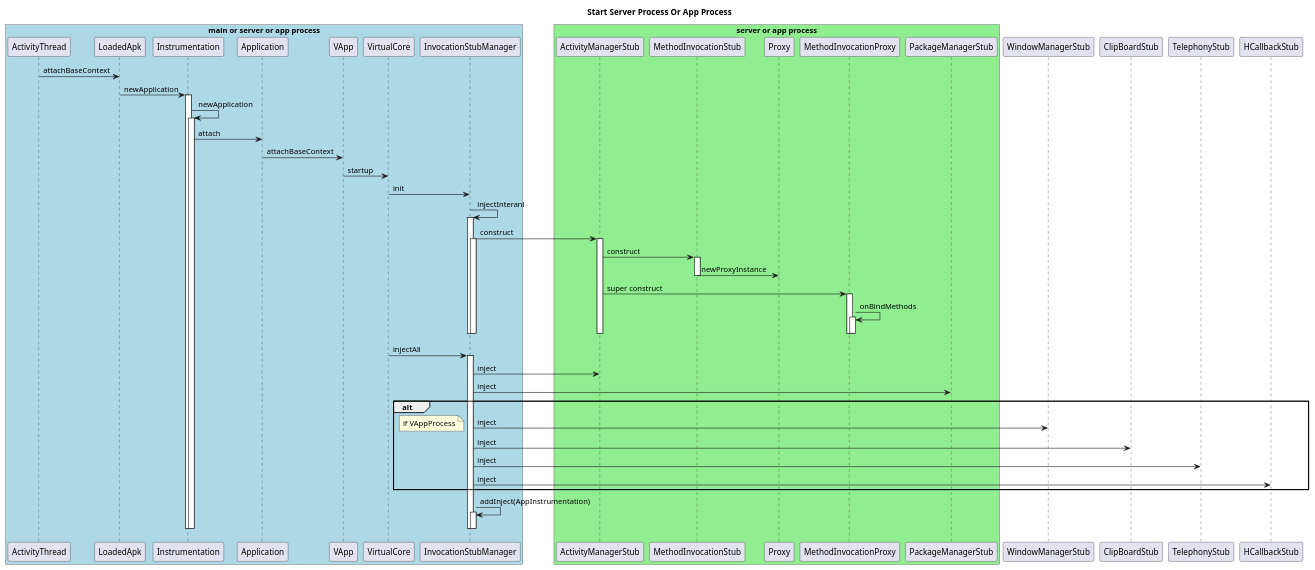
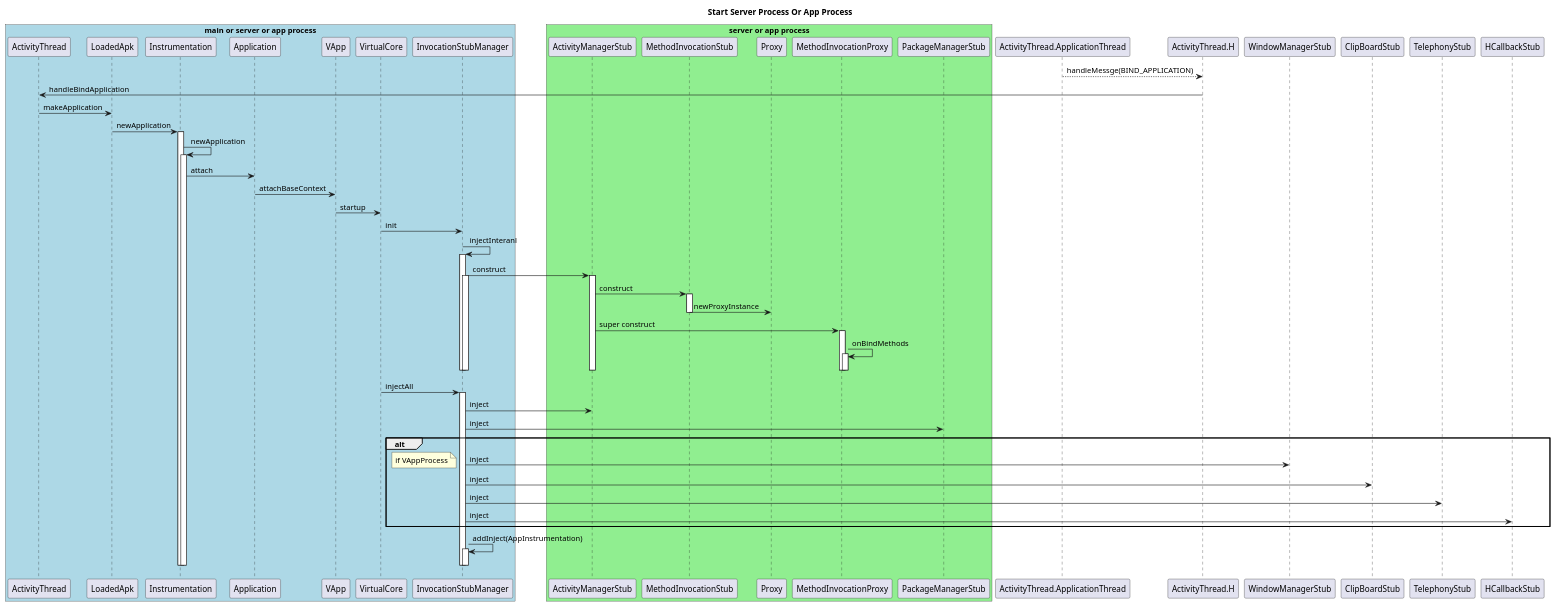
One commit to peggy109/VADoc changed the diagram in va_start_server_process.puml. Above: the diagram before and after it, drawn with PlantUML.

Commit message:
va_start_server_process.puml

```diff
--- a/va_start_server_process.puml
+++ b/va_start_server_process.puml
@@ -1,64 +1,66 @@
 @startuml
 title Start Server Process Or App Process
 box "main or server or app process" #LightBlue
 participant ActivityThread
 participant LoadedApk
 participant Instrumentation
 participant Application
 participant VApp
 participant VirtualCore as VC
 participant InvocationStubManager as ISM
 end box
 box "server or app process" #LightGreen
 participant ActivityManagerStub
 participant MethodInvocationStub
 participant Proxy
 participant MethodInvocationProxy
 participant PackageManagerStub
 endbox
-ActivityThread -> LoadedApk : attachBaseContext
+ActivityThread.ApplicationThread ---> ActivityThread.H : handleMessge(BIND_APPLICATION)
+ActivityThread.H-> ActivityThread : handleBindApplication
+ActivityThread -> LoadedApk : makeApplication
 LoadedApk -> Instrumentation : newApplication
 activate Instrumentation
     Instrumentation -> Instrumentation : newApplication
     activate Instrumentation
         Instrumentation -> Application : attach
         Application-> VApp : attachBaseContext
         VApp -> VC : startup
         VC -> ISM: init
         ISM -> ISM : injectInteranl
         activate ISM
             ISM -> ActivityManagerStub : construct
             activate ActivityManagerStub
                 activate ISM
                     ActivityManagerStub -> MethodInvocationStub : construct
                     activate MethodInvocationStub
                         MethodInvocationStub -> Proxy : newProxyInstance
                     deactivate MethodInvocationStub
                     ActivityManagerStub -> MethodInvocationProxy : super construct
                     activate MethodInvocationProxy
                         MethodInvocationProxy -> MethodInvocationProxy : onBindMethods
                         activate MethodInvocationProxy
                         deactivate MethodInvocationProxy
                     deactivate MethodInvocationProxy
                 deactivate ActivityManagerStub
             deactivate ISM
         deactivate ISM
         VC -> ISM: injectAll
         activate ISM
             ISM -> ActivityManagerStub : inject
             ISM -> PackageManagerStub : inject
             alt
                 ISM -> WindowManagerStub : inject
                 note left : if VAppProcess
                 ISM -> ClipBoardStub : inject
                 ISM -> TelephonyStub : inject
                 ISM -> HCallbackStub : inject
             end
             ISM -> ISM : addInject(AppInstrumentation)
             activate ISM
             deactivate ISM
         deactivate ISM
     deactivate Instrumentation
 deactivate Instrumentation
 
 @enduml
```
